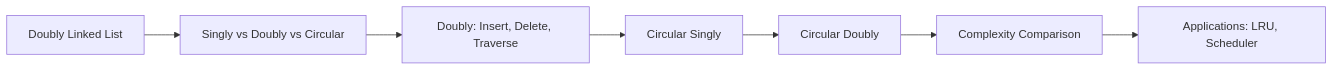
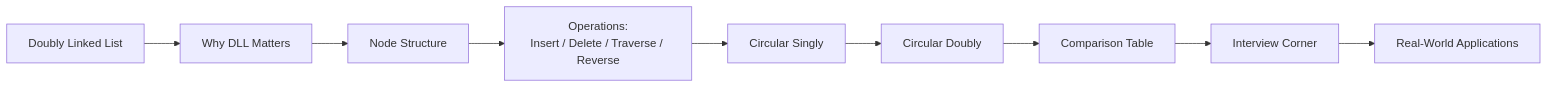
Before and after one commit to Raushan666java/ai-engineering-journey: the diagram in docs/courses/data-structures/04-doubly-linked-list.md, drawn with Mermaid. The commit also changed other lines of this file and 17 other files, not shown here.

````diff
--- a/docs/courses/data-structures/04-doubly-linked-list.md
+++ b/docs/courses/data-structures/04-doubly-linked-list.md
@@ -24,9 +45,11 @@
 ```mermaid
 flowchart LR
-    A[Doubly Linked List] --> B[Singly vs Doubly vs Circular]
-    B --> C[Doubly: Insert, Delete, Traverse]
-    C --> D[Circular Singly]
-    D --> E[Circular Doubly]
-    E --> F[Complexity Comparison]
-    F --> G[Applications: LRU, Scheduler]
+    A[Doubly Linked List] --> B[Why DLL Matters]
+    B --> C[Node Structure]
+    C --> D[Operations:<br/>Insert / Delete / Traverse / Reverse]
+    D --> E[Circular Singly]
+    E --> F[Circular Doubly]
+    F --> G[Comparison Table]
+    G --> H[Interview Corner]
+    H --> I[Real-World Applications]
 ```
````
